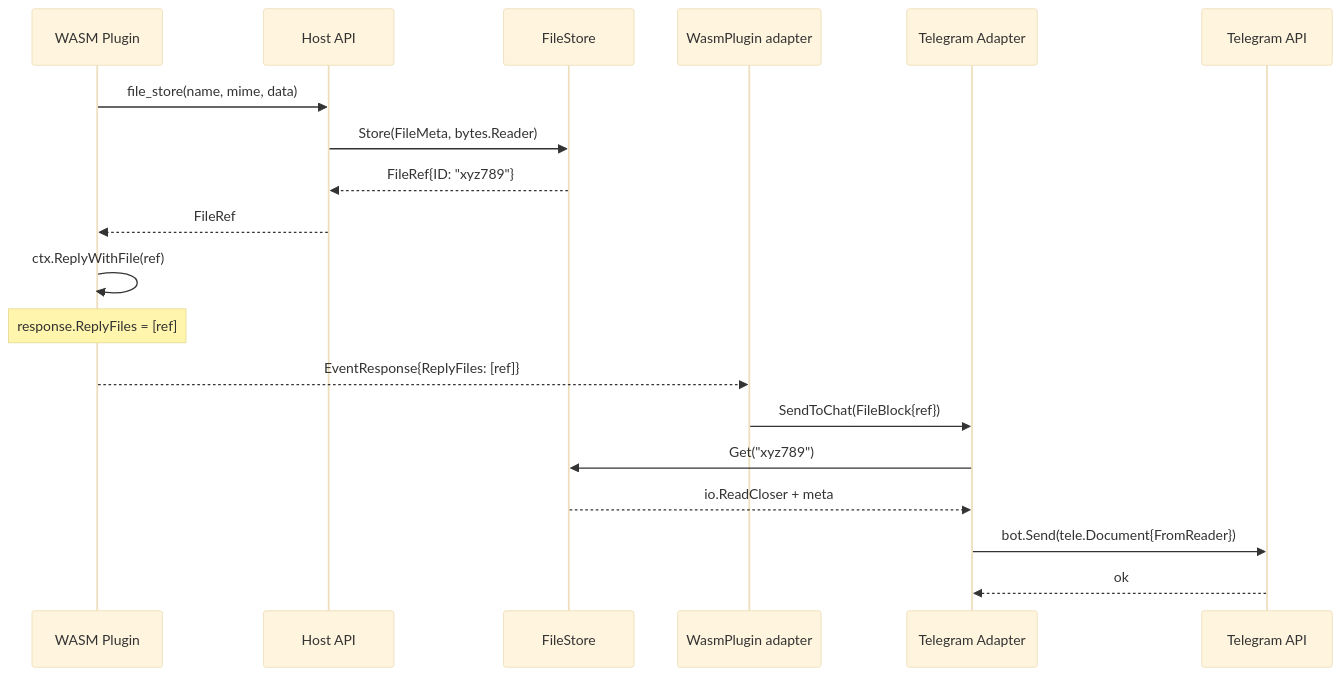
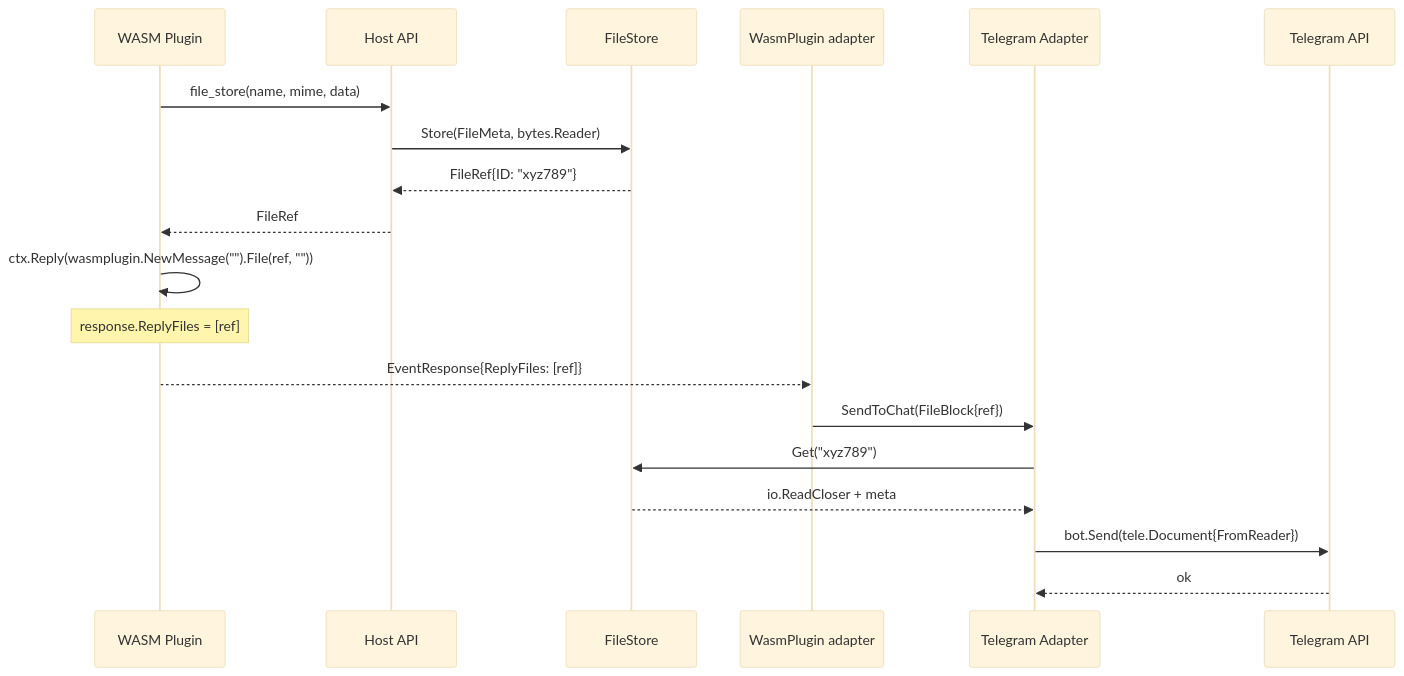
Before and after one commit to StaZisS/SuperBotGo: the second of 2 diagrams in web/docs/architecture/files.md, drawn with Mermaid (base theme). The commit also changed 33 other files, not shown here.

````diff
--- a/web/docs/architecture/files.md
+++ b/web/docs/architecture/files.md
@@ -125,22 +125,22 @@
 ```mermaid
 sequenceDiagram
     participant P as WASM Plugin
     participant HA as Host API
     participant FS as FileStore
     participant WP as WasmPlugin adapter
     participant Bot as Telegram Adapter
     participant TG as Telegram API
 
     P->>HA: file_store(name, mime, data)
     HA->>FS: Store(FileMeta, bytes.Reader)
     FS-->>HA: FileRef{ID: "xyz789"}
     HA-->>P: FileRef
-    P->>P: ctx.ReplyWithFile(ref)
+    P->>P: ctx.Reply(wasmplugin.NewMessage("").File(ref, ""))
     Note over P: response.ReplyFiles = [ref]
     P-->>WP: EventResponse{ReplyFiles: [ref]}
     WP->>Bot: SendToChat(FileBlock{ref})
     Bot->>FS: Get("xyz789")
     FS-->>Bot: io.ReadCloser + meta
     Bot->>TG: bot.Send(tele.Document{FromReader})
     TG-->>Bot: ok
 ```
````
